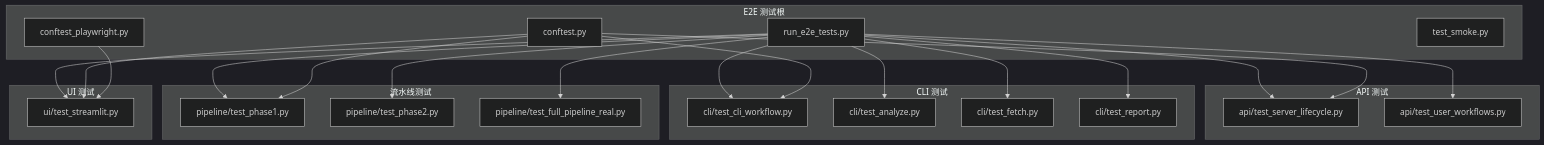
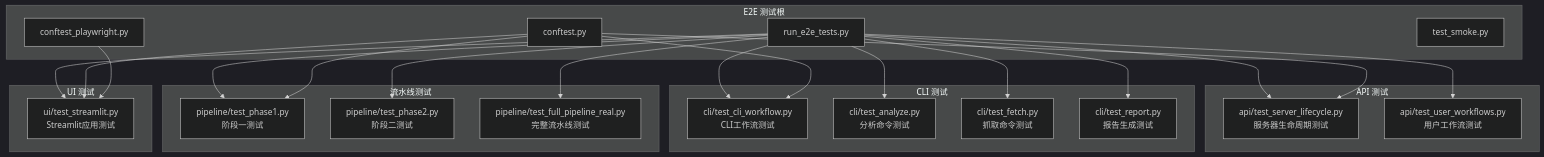
One commit to boyingliu01/fault-review-analyzer changed the first of 7 diagrams in .qoder/repowiki/zh/content/测试策略/端到端测试/端到端测试框架.md. Above: the diagram before and after it, drawn with Mermaid (dark theme). The commit also changed other lines of this file and 125 other files, not shown here.

````diff
--- a/.qoder/repowiki/zh/content/测试策略/端到端测试/端到端测试框架.md
+++ b/.qoder/repowiki/zh/content/测试策略/端到端测试/端到端测试框架.md
@@ -56,42 +65,42 @@
 ```mermaid
 graph TB
 subgraph "E2E 测试根"
 R["run_e2e_tests.py"]
 C["conftest.py"]
 CP["conftest_playwright.py"]
 S["test_smoke.py"]
 end
 subgraph "API 测试"
-A1["api/test_server_lifecycle.py"]
-A2["api/test_user_workflows.py"]
+A1["api/test_server_lifecycle.py<br/>服务器生命周期测试"]
+A2["api/test_user_workflows.py<br/>用户工作流测试"]
 end
 subgraph "CLI 测试"
-L1["cli/test_cli_workflow.py"]
-L2["cli/test_analyze.py"]
-L3["cli/test_fetch.py"]
-L4["cli/test_report.py"]
+L1["cli/test_cli_workflow.py<br/>CLI工作流测试"]
+L2["cli/test_analyze.py<br/>分析命令测试"]
+L3["cli/test_fetch.py<br/>抓取命令测试"]
+L4["cli/test_report.py<br/>报告生成测试"]
 end
 subgraph "流水线测试"
-P1["pipeline/test_phase1.py"]
-P2["pipeline/test_phase2.py"]
-P3["pipeline/test_full_pipeline_real.py"]
+P1["pipeline/test_phase1.py<br/>阶段一测试"]
+P2["pipeline/test_phase2.py<br/>阶段二测试"]
+P3["pipeline/test_full_pipeline_real.py<br/>完整流水线测试"]
 end
 subgraph "UI 测试"
-U1["ui/test_streamlit.py"]
+U1["ui/test_streamlit.py<br/>Streamlit应用测试"]
 end
 R --> A1
 R --> A2
 R --> L1
 R --> L2
 R --> L3
 R --> L4
 R --> P1
 R --> P2
 R --> P3
 R --> U1
 C --> A1
 C --> L1
 C --> P1
 C --> U1
 CP --> U1
 ```
````
